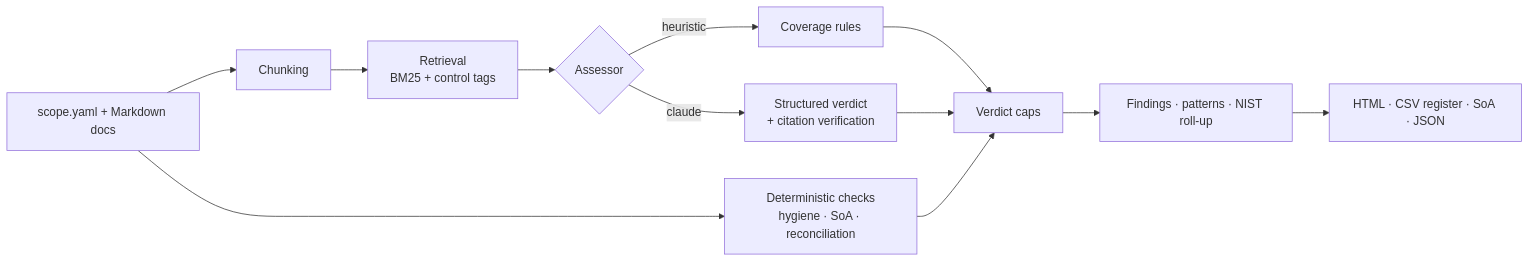
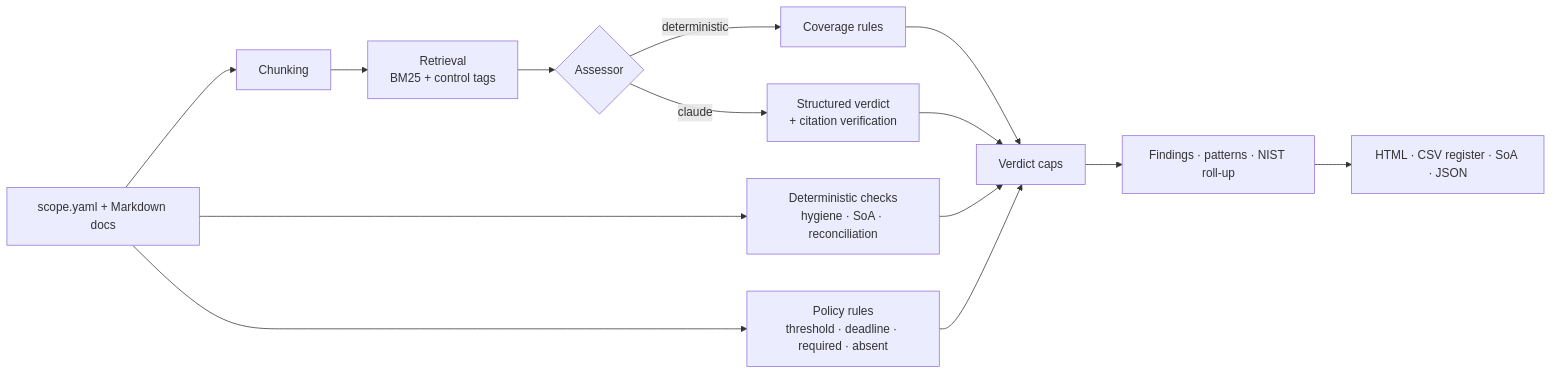
Before and after one commit to Renzodigu/tranquera: the diagram in README.md, drawn with Mermaid. The commit also changed other lines of this file and 32 other files, not shown here.

First line of the commit message:
Tranquera v0.2.0: deterministic policy rules tested against evidence

````diff
--- a/README.md
+++ b/README.md
@@ -104,14 +140,16 @@
 ```mermaid
 flowchart LR
   A[scope.yaml + Markdown docs] --> B[Chunking]
   B --> C[Retrieval<br/>BM25 + control tags]
   A --> D[Deterministic checks<br/>hygiene · SoA · reconciliation]
   C --> E{Assessor}
-  E -->|heuristic| F[Coverage rules]
+  E -->|deterministic| F[Coverage rules]
   E -->|claude| G[Structured verdict<br/>+ citation verification]
   F --> H[Verdict caps]
   G --> H
   D --> H
+  A --> R[Policy rules<br/>threshold · deadline · required · absent]
+  R --> H
   H --> I[Findings · patterns · NIST roll-up]
   I --> J[HTML · CSV register · SoA · JSON]
 ```
````
